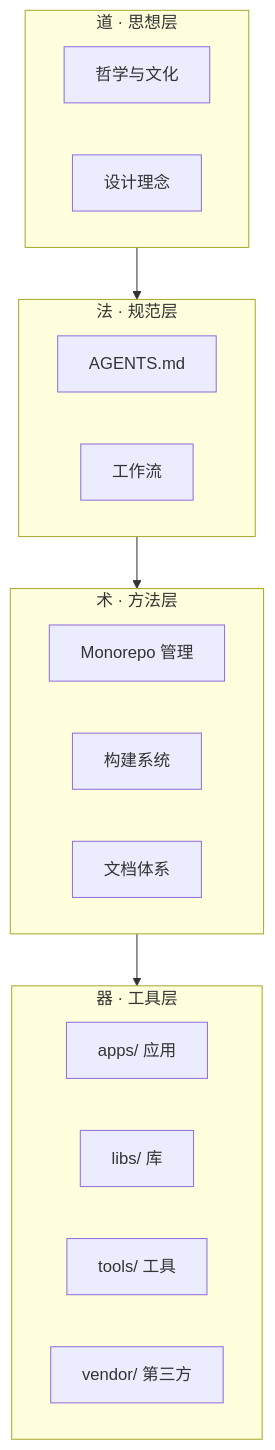
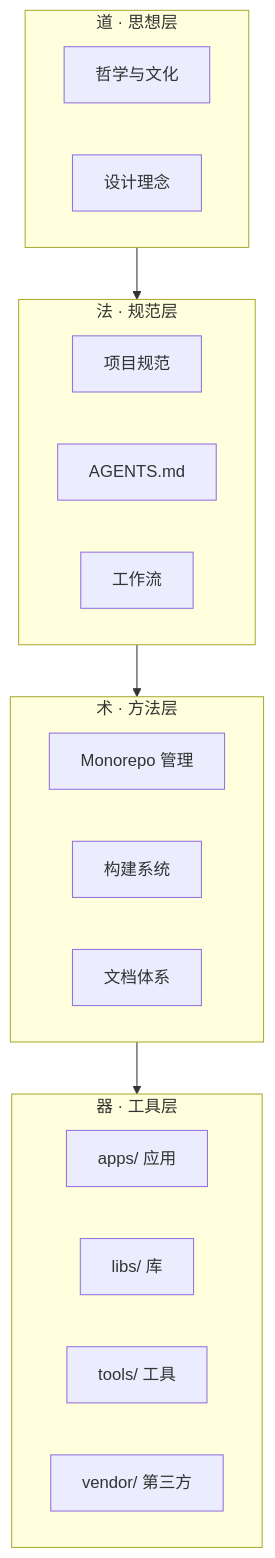
The diagram in README.md (xinetzone/xuanspace), drawn with Mermaid before and after one commit. The commit also changed other lines of this file and 7 other files, not shown here.

````diff
--- a/README.md
+++ b/README.md
@@ -115,28 +119,28 @@
 ```mermaid
 graph TD
     subgraph 道[道 · 思想层]
         Philosophy[哲学与文化]
         DesignPhilosophy[设计理念]
     end
 
     subgraph 法[法 · 规范层]
         Conventions[项目规范]
-        Conventions[AGENTS.md]
+        AgentsMd[AGENTS.md]
         Workflow[工作流]
     end
 
     subgraph 术[术 · 方法层]
         Monorepo[Monorepo 管理]
         Build[构建系统]
         Docs[文档体系]
     end
 
     subgraph 器[器 · 工具层]
         Apps[apps/ 应用]
         Libs[libs/ 库]
         Tools[tools/ 工具]
         Vendor[vendor/ 第三方]
     end
 
     道 --> 法 --> 术 --> 器
 ```
````
